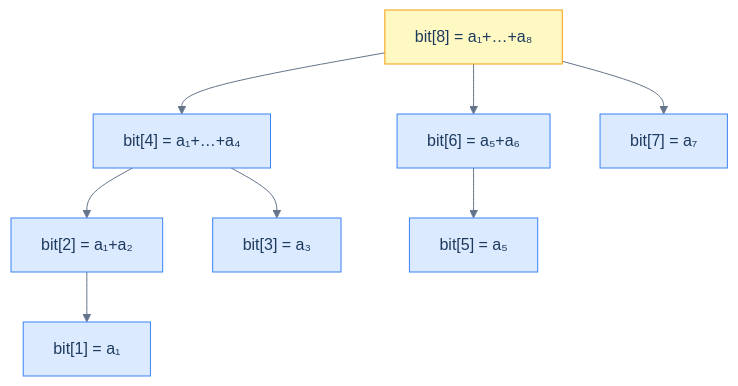
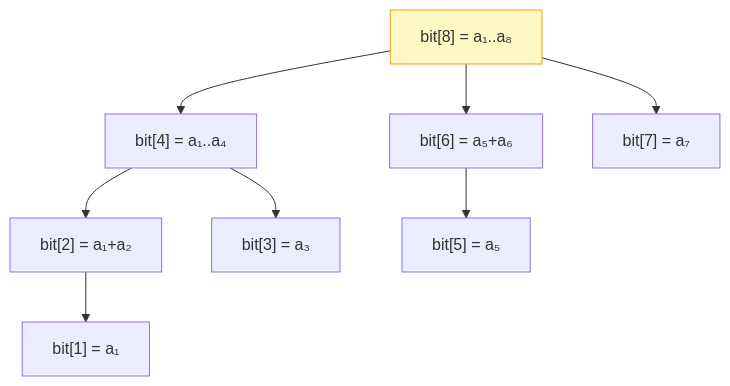
One commit to ani2fun/codefolio changed the diagram in content/cortex/data-structures-and-algorithms/03-trees/10-fenwick-tree/01-introduction-to-fenwick-trees.md. Above: the diagram before and after it, drawn with Mermaid. The commit also changed other lines of this file and 1049 other files, not shown here.

````diff
--- a/content/cortex/data-structures-and-algorithms/03-trees/10-fenwick-tree/01-introduction-to-fenwick-trees.md
+++ b/content/cortex/data-structures-and-algorithms/03-trees/10-fenwick-tree/01-introduction-to-fenwick-trees.md
@@ -69,30 +67,11 @@
 ```mermaid
----
-config:
-  theme: base
-  themeVariables:
-    primaryColor: "#dbeafe"
-    primaryBorderColor: "#3b82f6"
-    primaryTextColor: "#1e3a5f"
-    lineColor: "#64748b"
-    secondaryColor: "#ede9fe"
-    tertiaryColor: "#fef9c3"
----
 flowchart TB
-  N8["bit[8] = a₁+…+a₈"]
-  N4["bit[4] = a₁+…+a₄"]
-  N6["bit[6] = a₅+a₆"]
-  N7["bit[7] = a₇"]
-  N2["bit[2] = a₁+a₂"]
-  N3["bit[3] = a₃"]
-  N5["bit[5] = a₅"]
-  N1["bit[1] = a₁"]
-  N8 --> N4
-  N8 --> N6
-  N8 --> N7
-  N4 --> N2
-  N4 --> N3
-  N2 --> N1
-  N6 --> N5
+  N8["bit[8] = a₁..a₈"] --> N4["bit[4] = a₁..a₄"]
+  N8 --> N6["bit[6] = a₅+a₆"]
+  N8 --> N7["bit[7] = a₇"]
+  N4 --> N2["bit[2] = a₁+a₂"]
+  N4 --> N3["bit[3] = a₃"]
+  N2 --> N1["bit[1] = a₁"]
+  N6 --> N5["bit[5] = a₅"]
   style N8 fill:#fef9c3,stroke:#f59e0b
 ```
````
